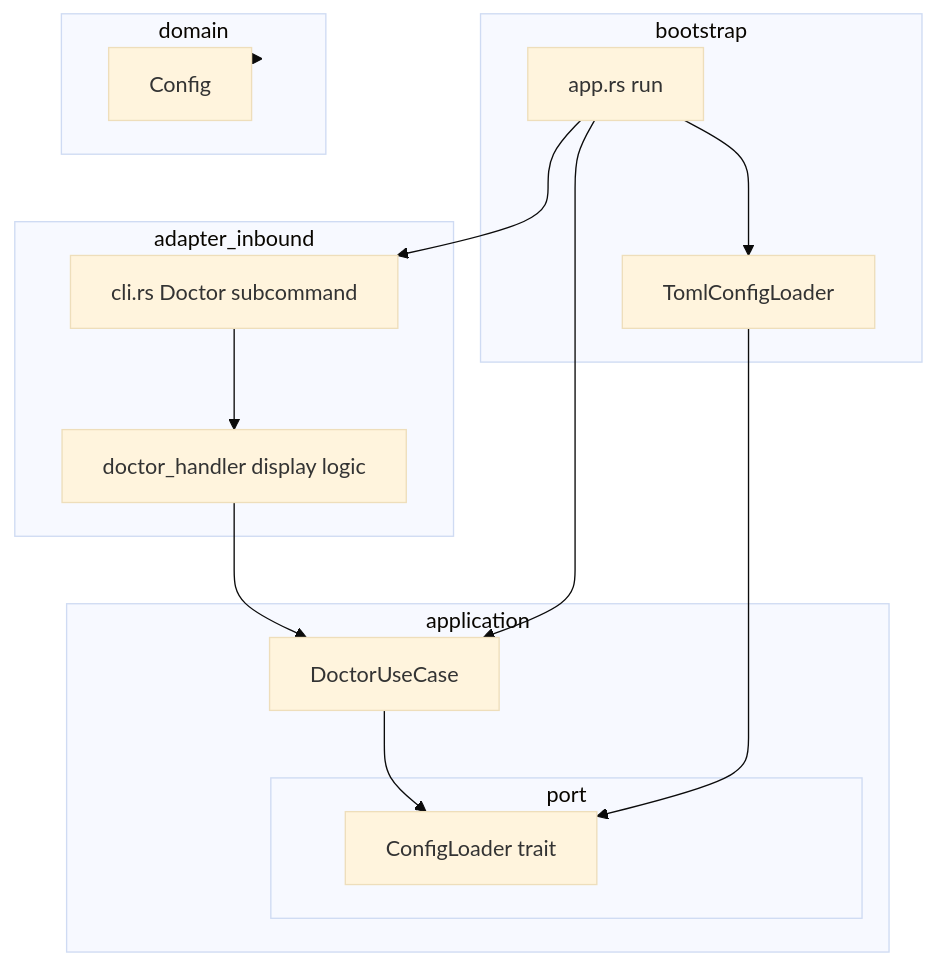
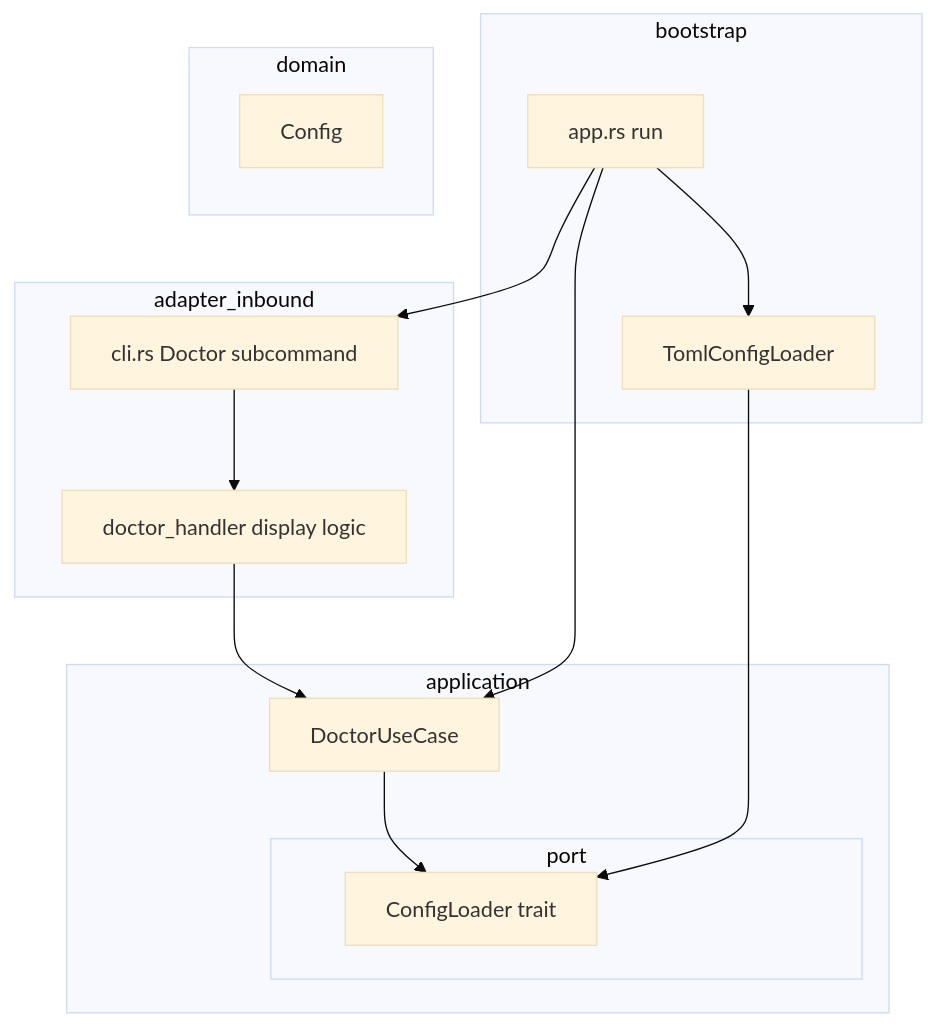
The first of 2 diagrams in .cupola/specs/doctor-quality-improvement/design.md (kyuki3rain/cupola), drawn with Mermaid (base theme) before and after one commit. The commit also changed other lines of this file and 4 other files, not shown here.

````diff
--- a/.cupola/specs/doctor-quality-improvement/design.md
+++ b/.cupola/specs/doctor-quality-improvement/design.md
@@ -38,32 +38,31 @@
 ```mermaid
 graph TB
     subgraph bootstrap
         AppRun[app.rs run]
         TomlLoader[TomlConfigLoader]
     end
 
     subgraph adapter_inbound
         CLI[cli.rs Doctor subcommand]
         DoctorHandler[doctor_handler display logic]
     end
 
     subgraph application
         DoctorUseCase[DoctorUseCase]
         subgraph port
             ConfigLoaderPort[ConfigLoader trait]
         end
     end
 
     subgraph domain
         Config[Config]
     end
 
     AppRun --> CLI
     AppRun --> DoctorUseCase
     AppRun --> TomlLoader
     CLI --> DoctorHandler
     DoctorHandler --> DoctorUseCase
     DoctorUseCase --> ConfigLoaderPort
     TomlLoader --> ConfigLoaderPort
-    Config --> domain
 ```
````
